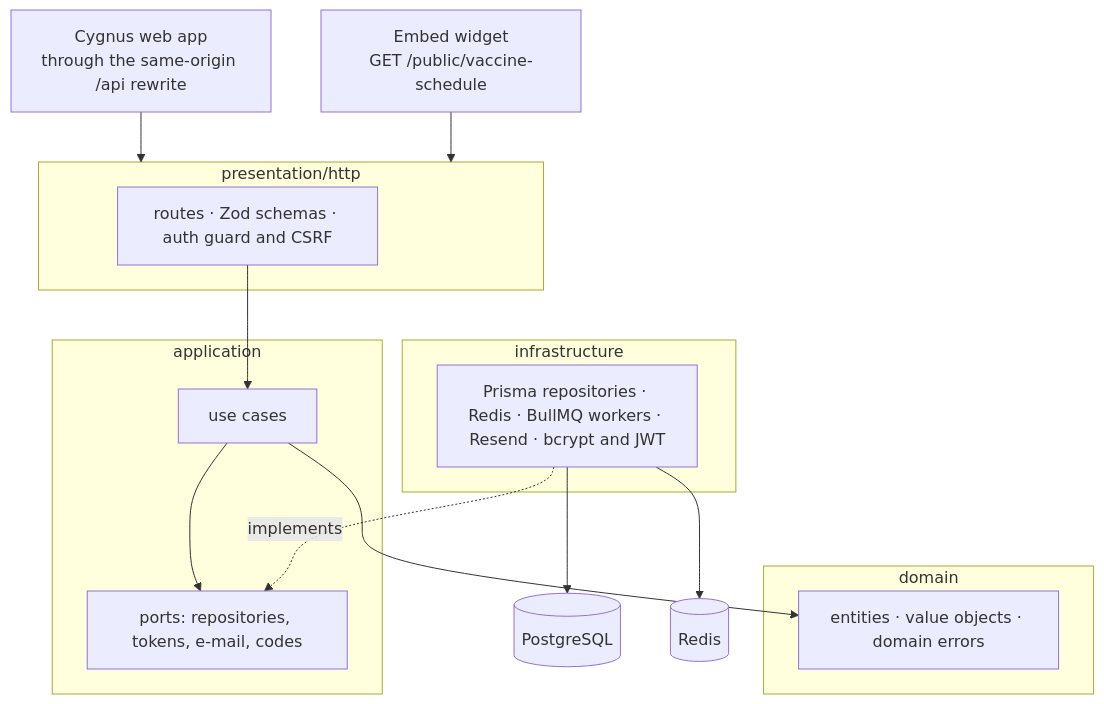
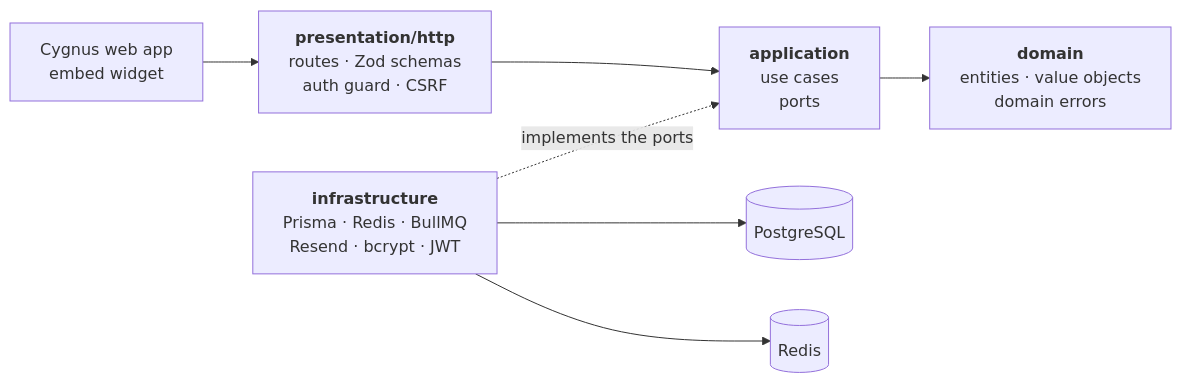
One commit to samuelcsantana/cygnus-api changed the first of 2 diagrams in README.md. Above: the diagram before and after it, drawn with Mermaid. The commit also changed other lines of this file, not shown here.

First line of the commit message:
docs(readme): redraw the diagrams to read at README width

````diff
--- a/README.md
+++ b/README.md
@@ -74,24 +74,9 @@
 ```mermaid
-flowchart TB
-  Client["Cygnus web app<br/>through the same-origin /api rewrite"] --> Presentation
-  Widget["Embed widget<br/>GET /public/vaccine-schedule"] --> Presentation
-  subgraph Presentation["presentation/http"]
-    Routes["routes · Zod schemas · auth guard and CSRF"]
-  end
-  subgraph Application["application"]
-    UseCases["use cases"]
-    Ports["ports: repositories, tokens, e-mail, codes"]
-  end
-  subgraph Domain["domain"]
-    Entities["entities · value objects · domain errors"]
-  end
-  subgraph Infrastructure["infrastructure"]
-    Adapters["Prisma repositories · Redis · BullMQ workers · Resend · bcrypt and JWT"]
-  end
-  Routes --> UseCases
-  UseCases --> Entities
-  UseCases --> Ports
-  Adapters -. implements .-> Ports
-  Adapters --> Postgres[("PostgreSQL")]
-  Adapters --> Redis[("Redis")]
+flowchart LR
+  Clients["Cygnus web app<br/>embed widget"] --> P
+  P["<b>presentation/http</b><br/>routes · Zod schemas<br/>auth guard · CSRF"] --> A
+  A["<b>application</b><br/>use cases<br/>ports"] --> D["<b>domain</b><br/>entities · value objects<br/>domain errors"]
+  I["<b>infrastructure</b><br/>Prisma · Redis · BullMQ<br/>Resend · bcrypt · JWT"] -. "implements the ports" .-> A
+  I --> PG[("PostgreSQL")]
+  I --> R[("Redis")]
 ```
````
